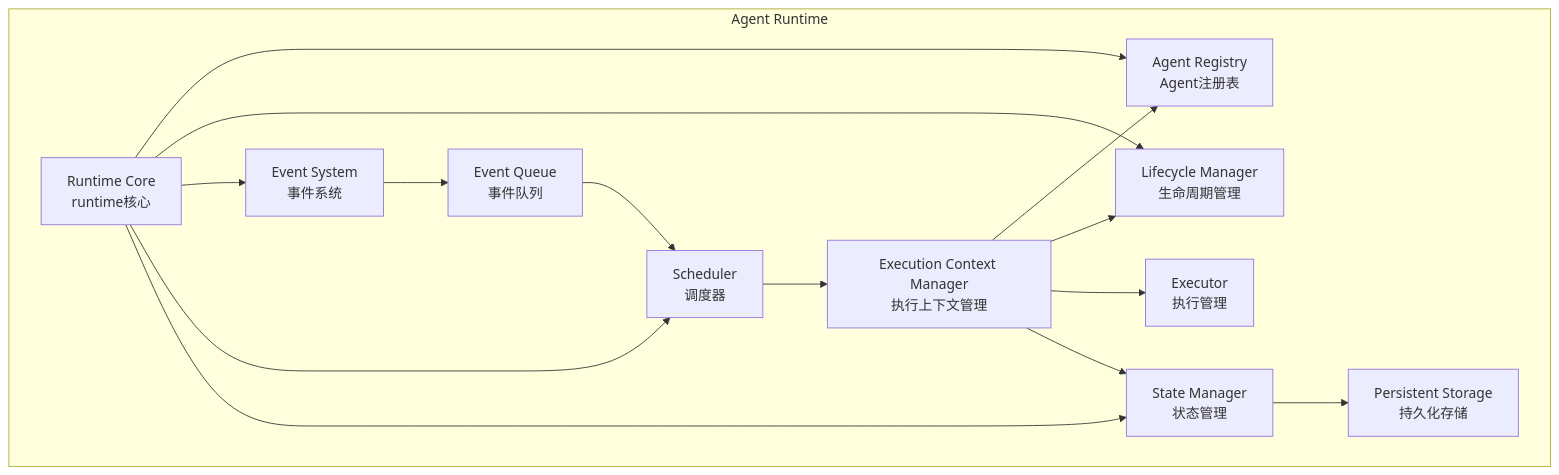
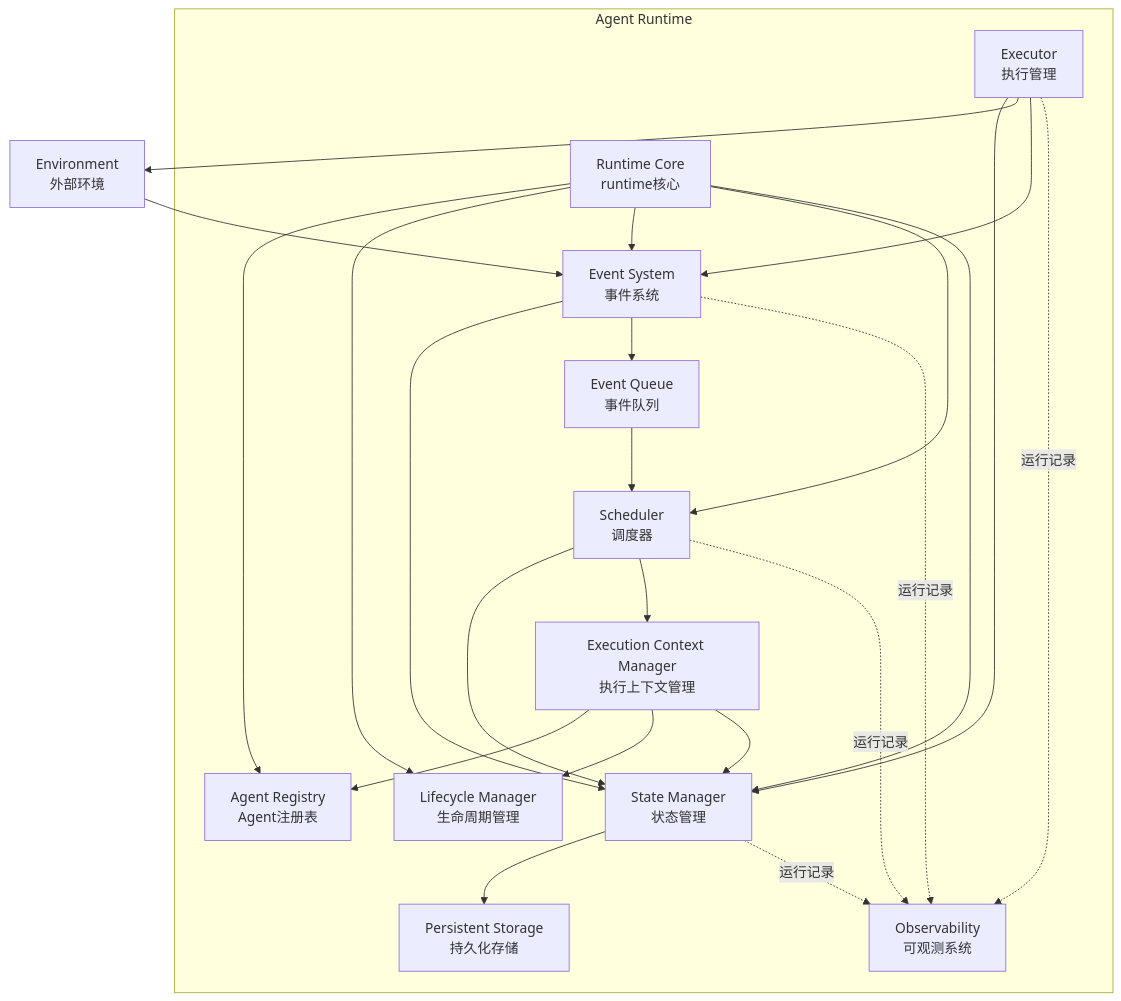
One commit to jm5905938/agent-runtime changed the first of 3 diagrams in docs/architecture/runtime.md. Above: the diagram before and after it, drawn with Mermaid. The commit also changed other lines of this file, not shown here.

````diff
--- a/docs/architecture/runtime.md
+++ b/docs/architecture/runtime.md
@@ -21,52 +81,60 @@
 ```mermaid
 flowchart TD
 
     subgraph Runtime[Agent Runtime]
 
         Core[Runtime Core<br/>runtime核心]
 
         Registry[Agent Registry<br/>Agent注册表]
 
         Lifecycle[Lifecycle Manager<br/>生命周期管理]
 
         EventSystem[Event System<br/>事件系统]
 
         EventQueue[Event Queue<br/>事件队列]
 
         Scheduler[Scheduler<br/>调度器]
 
         Context[Execution Context Manager<br/>执行上下文管理]
 
         StateManager[State Manager<br/>状态管理]
 
         Storage[Persistent Storage<br/>持久化存储]
 
         Executor[Executor<br/>执行管理]
 
+        Observability[Observability<br/>可观测系统]
+
     end
 
+    Environment[Environment<br/>外部环境]
 
     Core --> Registry
     Core --> Lifecycle
     Core --> EventSystem
     Core --> Scheduler
     Core --> StateManager
 
-
+    EventSystem --> StateManager
     EventSystem --> EventQueue
-
     EventQueue --> Scheduler
+    Scheduler --> StateManager
 
     Scheduler --> Context
+    Context --> Registry
+    Context --> Lifecycle
+    Context --> StateManager
 
-    Context --> Registry
-
-    Context --> Lifecycle
-
-    Context --> Executor
-
-    Context --> StateManager
+    Executor --> StateManager
+    Executor --> Environment
+    Executor --> EventSystem
+    Environment --> EventSystem
 
     StateManager --> Storage
 
+    EventSystem -.运行记录.-> Observability
+    Scheduler -.运行记录.-> Observability
+    Executor -.运行记录.-> Observability
+    StateManager -.运行记录.-> Observability
+
 ```
````
